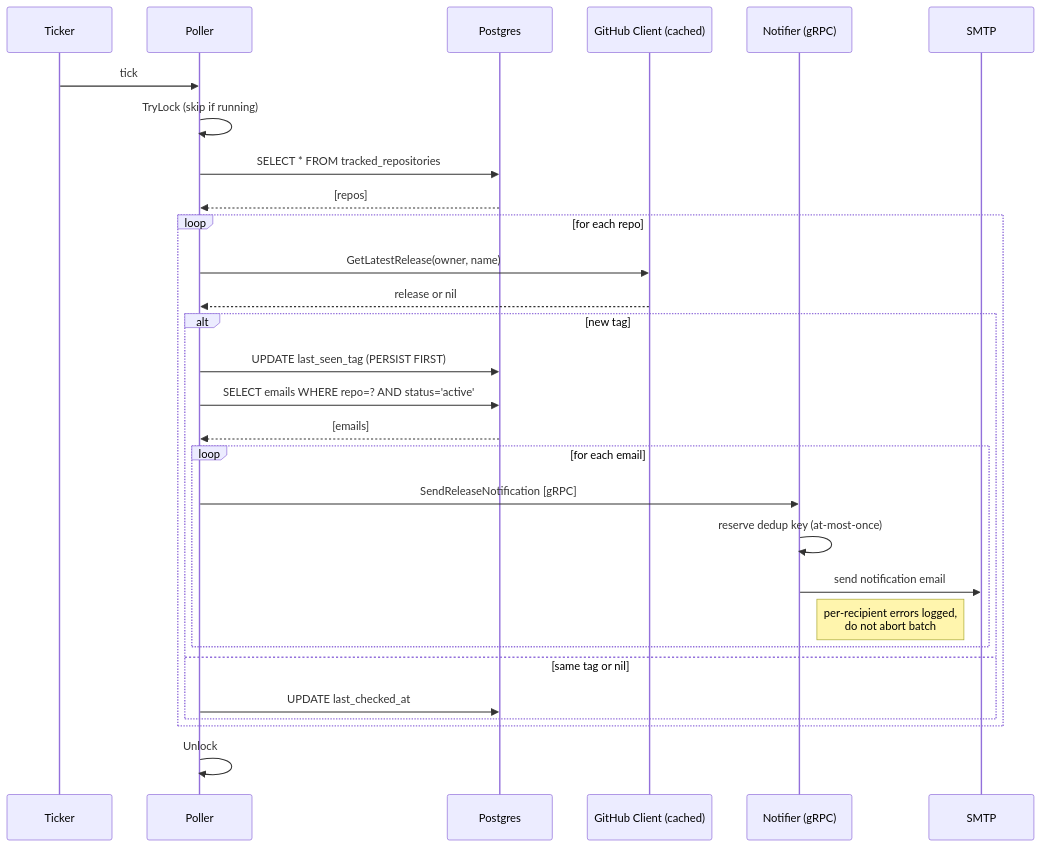
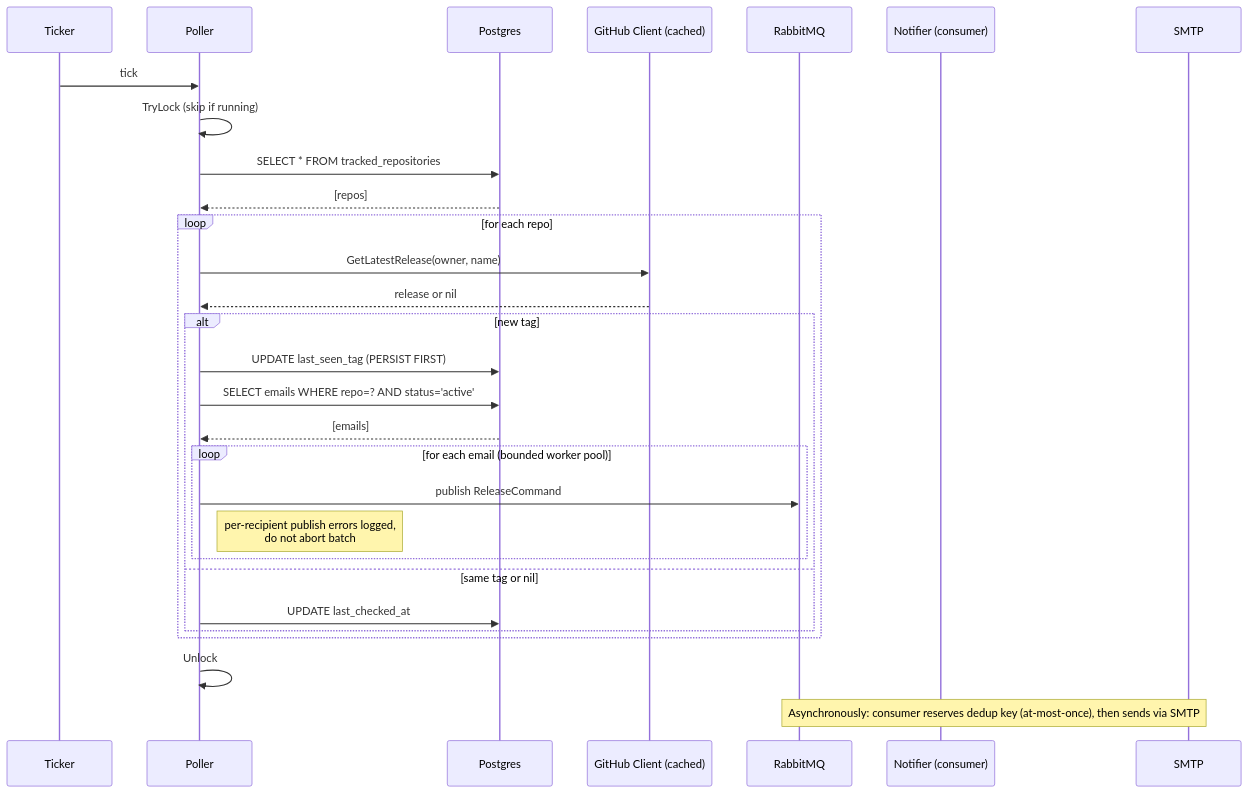
One commit to GenesisEducationKyiv/software-engineering-school-6-0-mashta-lilia changed the fifth of 6 diagrams in docs/system-design.md. Above: the diagram before and after it, drawn with Mermaid. The commit also changed other lines of this file and 95 other files, not shown here.

````diff
--- a/docs/system-design.md
+++ b/docs/system-design.md
@@ -223,32 +355,32 @@
 ```mermaid
 sequenceDiagram
     participant T as Ticker
     participant P as Poller
     participant DB as Postgres
     participant GH as GitHub Client (cached)
-    participant N as Notifier (gRPC)
+    participant MQ as RabbitMQ
+    participant N as Notifier (consumer)
     participant M as SMTP
 
     T->>P: tick
     P->>P: TryLock (skip if running)
     P->>DB: SELECT * FROM tracked_repositories
     DB-->>P: [repos]
     loop for each repo
         P->>GH: GetLatestRelease(owner, name)
         GH-->>P: release or nil
         alt new tag
             P->>DB: UPDATE last_seen_tag (PERSIST FIRST)
             P->>DB: SELECT emails WHERE repo=? AND status='active'
             DB-->>P: [emails]
-            loop for each email
-                P->>N: SendReleaseNotification  [gRPC]
-                N->>N: reserve dedup key (at-most-once)
-                N->>M: send notification email
-                Note right of N: per-recipient errors logged,<br/>do not abort batch
+            loop for each email (bounded worker pool)
+                P->>MQ: publish ReleaseCommand
+                Note right of P: per-recipient publish errors logged,<br/>do not abort batch
             end
         else same tag or nil
             P->>DB: UPDATE last_checked_at
         end
     end
     P->>P: Unlock
+    Note over MQ,M: Asynchronously: consumer reserves dedup key (at-most-once), then sends via SMTP
 ```
````
